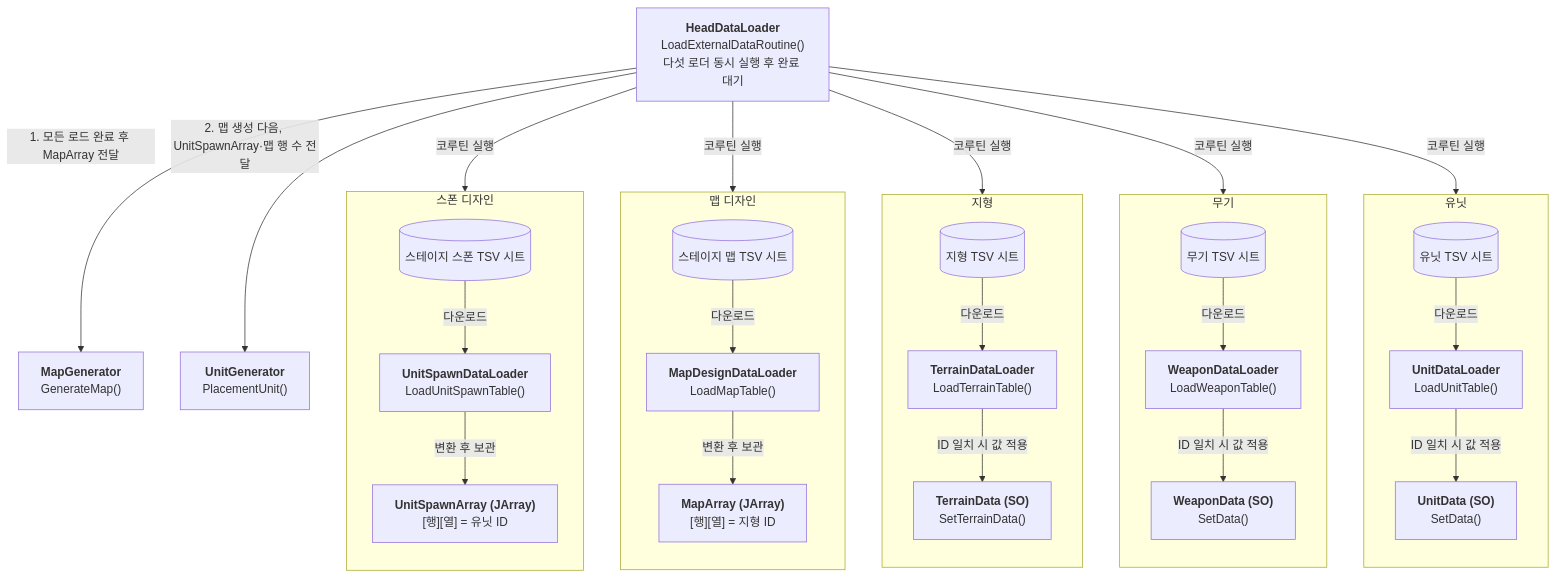
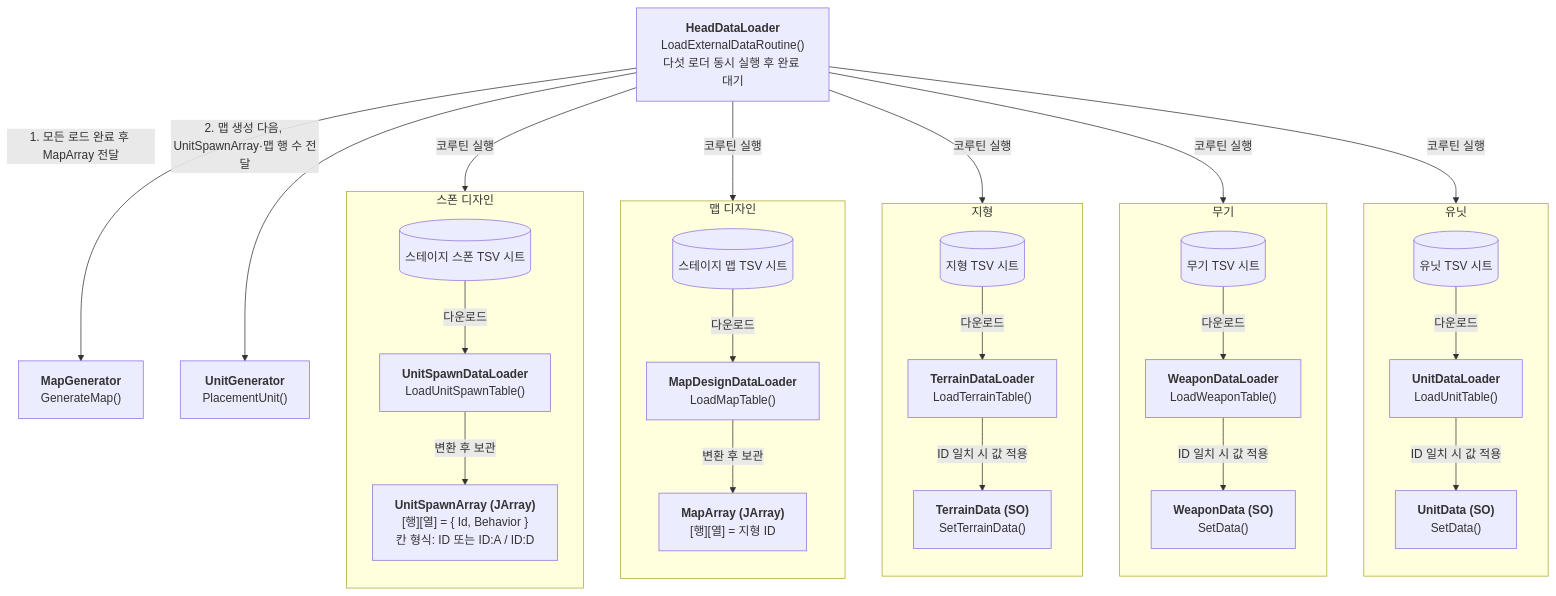
Before and after one commit to jayy5288sk/PersonalProject: the first of 26 diagrams in Docs/ImplementDocs/Diagram.md, drawn with Mermaid. The commit also changed other lines of this file and 5 other files, not shown here.

Commit message:
[Docs] 기술 문서 작성 및 다이어그램 갱신

````diff
--- a/Docs/ImplementDocs/Diagram.md
+++ b/Docs/ImplementDocs/Diagram.md
@@ -8,60 +8,60 @@
 ```mermaid
 flowchart TB
     Head["<b>HeadDataLoader</b><br/>LoadExternalDataRoutine()<br/>다섯 로더 동시 실행 후 완료 대기"]
 
     subgraph Unit["유닛"]
         direction TB
         UnitSheet[("유닛 TSV 시트")]
         UnitLoader["<b>UnitDataLoader</b><br/>LoadUnitTable()"]
         UnitSO["<b>UnitData (SO)</b><br/>SetData()"]
         UnitSheet -->|다운로드| UnitLoader
         UnitLoader -->|ID 일치 시 값 적용| UnitSO
     end
 
     subgraph Weapon["무기"]
         direction TB
         WeaponSheet[("무기 TSV 시트")]
         WeaponLoader["<b>WeaponDataLoader</b><br/>LoadWeaponTable()"]
         WeaponSO["<b>WeaponData (SO)</b><br/>SetData()"]
         WeaponSheet -->|다운로드| WeaponLoader
         WeaponLoader -->|ID 일치 시 값 적용| WeaponSO
     end
 
     subgraph Terrain["지형"]
         direction TB
         TerrainSheet[("지형 TSV 시트")]
         TerrainLoader["<b>TerrainDataLoader</b><br/>LoadTerrainTable()"]
         TerrainSO["<b>TerrainData (SO)</b><br/>SetTerrainData()"]
         TerrainSheet -->|다운로드| TerrainLoader
         TerrainLoader -->|ID 일치 시 값 적용| TerrainSO
     end
 
     subgraph Map["맵 디자인"]
         direction TB
         MapSheet[("스테이지 맵 TSV 시트")]
         MapLoader["<b>MapDesignDataLoader</b><br/>LoadMapTable()"]
         MapArray["<b>MapArray (JArray)</b><br/>[행][열] = 지형 ID"]
         MapSheet -->|다운로드| MapLoader
         MapLoader -->|변환 후 보관| MapArray
     end
 
     subgraph Spawn["스폰 디자인"]
         direction TB
         SpawnSheet[("스테이지 스폰 TSV 시트")]
         SpawnLoader["<b>UnitSpawnDataLoader</b><br/>LoadUnitSpawnTable()"]
-        SpawnArray["<b>UnitSpawnArray (JArray)</b><br/>[행][열] = 유닛 ID"]
+        SpawnArray["<b>UnitSpawnArray (JArray)</b><br/>[행][열] = { Id, Behavior }<br/>칸 형식: ID 또는 ID:A / ID:D"]
         SpawnSheet -->|다운로드| SpawnLoader
         SpawnLoader -->|변환 후 보관| SpawnArray
     end
 
     Generator["<b>MapGenerator</b><br/>GenerateMap()"]
     UnitGen["<b>UnitGenerator</b><br/>PlacementUnit()"]
 
     Head -->|코루틴 실행| UnitLoader
     Head -->|코루틴 실행| WeaponLoader
     Head -->|코루틴 실행| TerrainLoader
     Head -->|코루틴 실행| MapLoader
     Head -->|코루틴 실행| SpawnLoader
     Head -->|1. 모든 로드 완료 후 MapArray 전달| Generator
     Head -->|2. 맵 생성 다음, UnitSpawnArray·맵 행 수 전달| UnitGen
 ```
````
